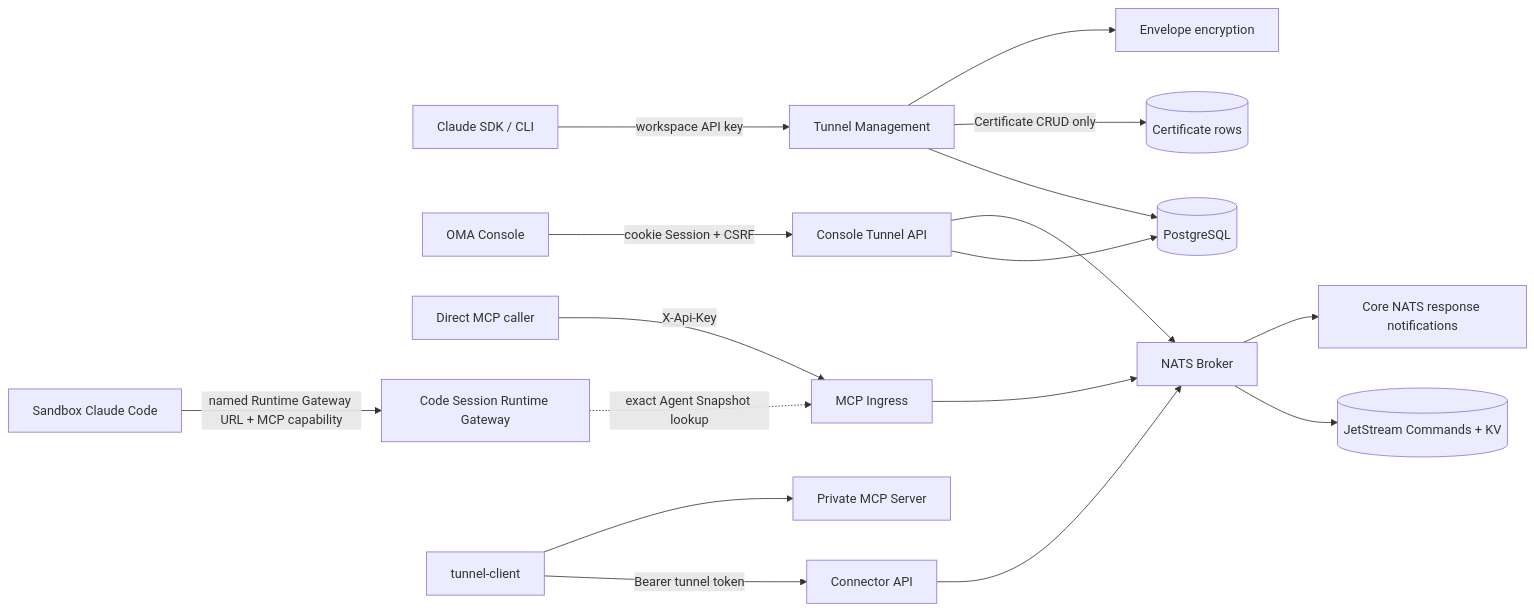
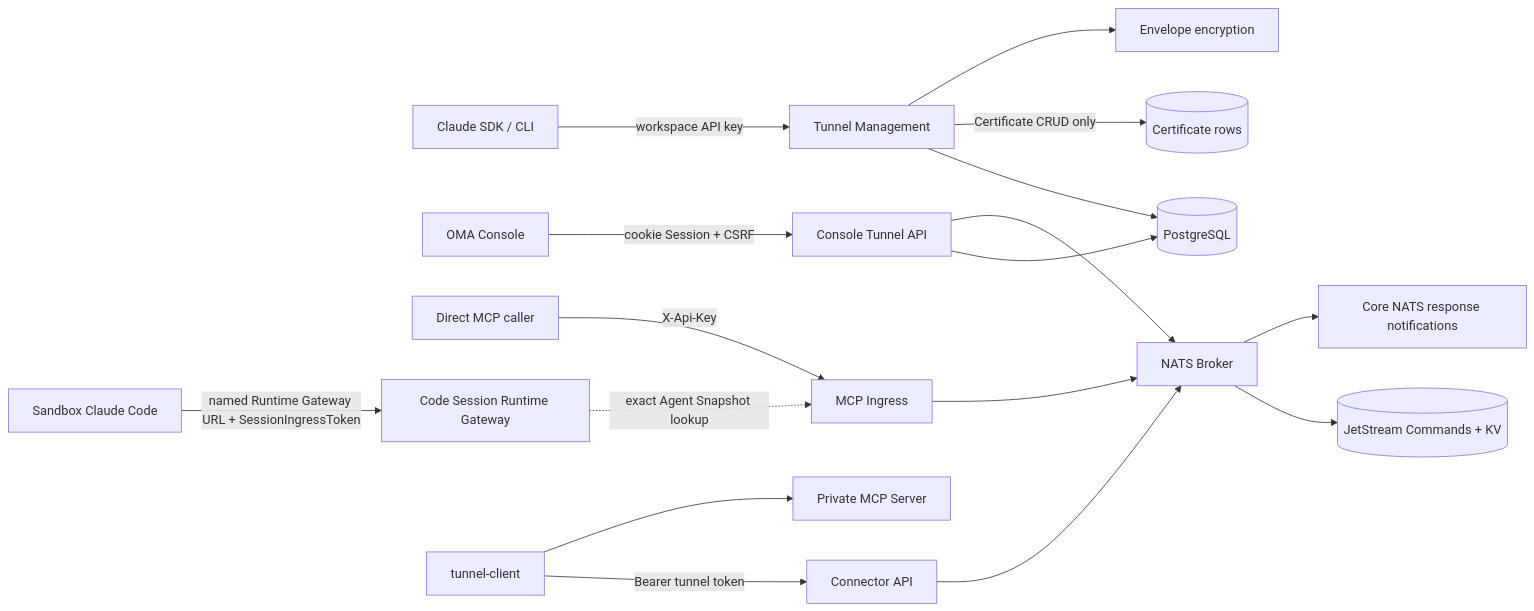
The first of 2 diagrams in docs/design/be/mcp-tunnels.md (superduck-ai/open-managed-agents), drawn with Mermaid before and after one commit. The commit also changed other lines of this file and 19 other files, not shown here.

Commit message:
[modify] unify MCP runtime authentication with session ingress credentials

````diff
--- a/docs/design/be/mcp-tunnels.md
+++ b/docs/design/be/mcp-tunnels.md
@@ -44,19 +44,19 @@
 ```mermaid
 flowchart LR
     SDK[Claude SDK / CLI] -->|workspace API key| Management[Tunnel Management]
     Web[OMA Console] -->|cookie Session + CSRF| ConsoleAPI[Console Tunnel API]
     Caller[Direct MCP caller] -->|X-Api-Key| Ingress[MCP Ingress]
-    Agent[Sandbox Claude Code] -->|named Runtime Gateway URL + MCP capability| RuntimeGateway[Code Session Runtime Gateway]
+    Agent[Sandbox Claude Code] -->|named Runtime Gateway URL + SessionIngressToken| RuntimeGateway[Code Session Runtime Gateway]
     RuntimeGateway -. exact Agent Snapshot lookup .-> Ingress
     Management --> DB[(PostgreSQL)]
     Management -->|Certificate CRUD only| CertificateStore[(Certificate rows)]
     ConsoleAPI --> DB
     ConsoleAPI --> Broker
     Management --> Secrets[Envelope encryption]
     Ingress --> Broker[NATS Broker]
     Connector[tunnel-client] -->|Bearer tunnel token| ConnectorAPI[Connector API]
     ConnectorAPI --> Broker
     Broker --> JetStream[(JetStream Commands + KV)]
     Broker --> Core[Core NATS response notifications]
     Connector --> PrivateMCP[Private MCP Server]
 ```
````
